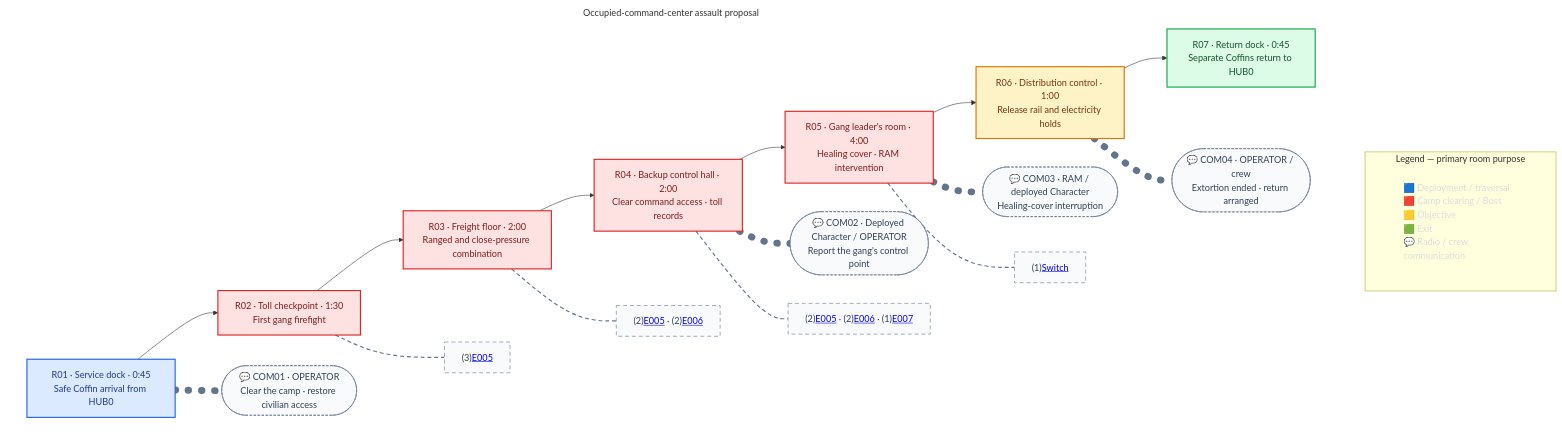
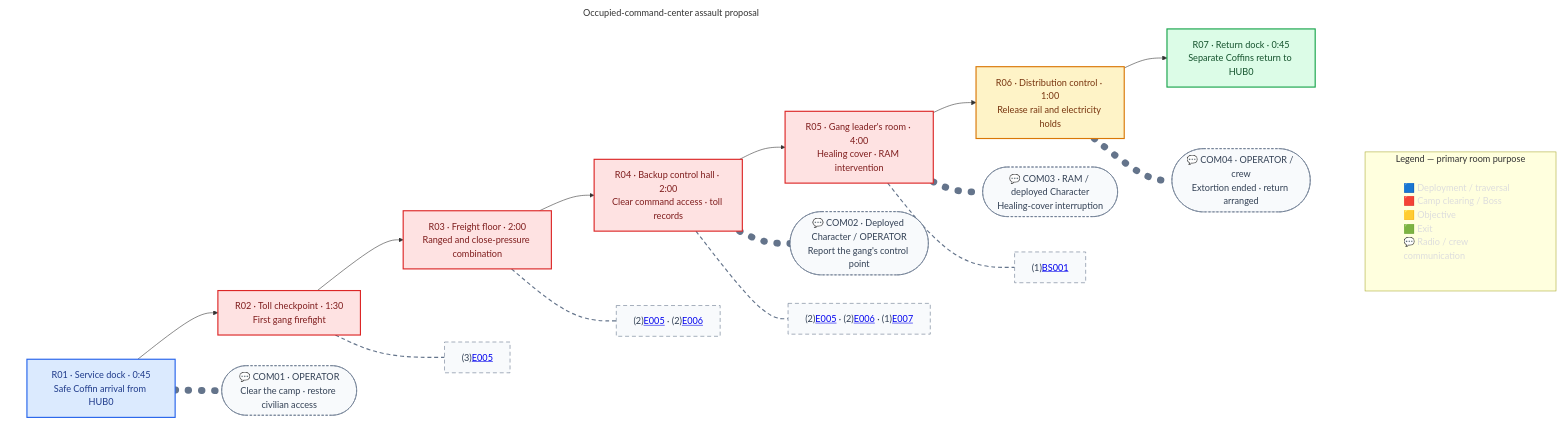
The diagram in missions/m03.md (justgook/imprint-zero), drawn with Mermaid before and after one commit. The commit also changed other lines of this file and 13 other files, not shown here.

````diff
--- a/missions/m03.md
+++ b/missions/m03.md
@@ -49,45 +51,45 @@
 ```mermaid
 flowchart TB
     subgraph Legend[Legend — primary room purpose]
         L["🟦 Deployment / traversal<br/>🟥 Camp clearing / Boss<br/>🟨 Objective<br/>🟩 Exit<br/>💬 Radio / crew communication"]
     end
 
     subgraph Route[Occupied-command-center assault proposal]
         direction LR
         R01["R01 · Service dock · 0:45<br/>Safe Coffin arrival from HUB0"] --> R02["R02 · Toll checkpoint · 1:30<br/>First gang firefight"]
         R02 --> R03["R03 · Freight floor · 2:00<br/>Ranged and close-pressure combination"]
         R03 --> R04["R04 · Backup control hall · 2:00<br/>Clear command access · toll records"]
         R04 --> R05["R05 · Gang leader's room · 4:00<br/>Healing cover · RAM intervention"]
         R05 --> R06["R06 · Distribution control · 1:00<br/>Release rail and electricity holds"]
         R06 --> R07["R07 · Return dock · 0:45<br/>Separate Coffins return to HUB0"]
 
         R01 -.- COM01(["💬 COM01 · OPERATOR<br/>Clear the camp · restore civilian access"])
         R04 -.- COM02(["💬 COM02 · Deployed Character / OPERATOR<br/>Report the gang's control point"])
         R05 -.- COM03(["💬 COM03 · RAM / deployed Character<br/>Healing-cover interruption"])
         R06 -.- COM04(["💬 COM04 · OPERATOR / crew<br/>Extortion ended · return arranged"])
 
         R02 -.- C02["(3)<a href='#/enemies/e005'>E005</a>"]
         R03 -.- C03["(2)<a href='#/enemies/e005'>E005</a> · (2)<a href='#/enemies/e006'>E006</a>"]
         R04 -.- C04["(2)<a href='#/enemies/e005'>E005</a> · (2)<a href='#/enemies/e006'>E006</a> · (1)<a href='#/enemies/e007'>E007</a>"]
-        R05 -.- C05["(1)<a href='#/bosses/tollkeeper'>Switch</a>"]
+        R05 -.- C05["(1)<a href='#/bosses/bs001'>BS001</a>"]
     end
 
     classDef deployment fill:#dbeafe,stroke:#2563eb,color:#1e3a8a,stroke-width:2px;
     classDef combat fill:#fee2e2,stroke:#dc2626,color:#7f1d1d,stroke-width:2px;
     classDef objective fill:#fef3c7,stroke:#d97706,color:#78350f,stroke-width:2px;
     classDef exit fill:#dcfce7,stroke:#16a34a,color:#14532d,stroke-width:2px;
     classDef communication fill:#f8fafc,stroke:#64748b,color:#334155,stroke-width:1px,stroke-dasharray:4 3;
     classDef roomContent fill:#f8fafc,stroke:#64748b,color:#334155,stroke-width:1px,stroke-dasharray:7 5;
     classDef legend fill:none,stroke:none,color:#ddd,text-align:left;
 
     class R01 deployment;
     class R02,R03,R04,R05 combat;
     class R06 objective;
     class R07 exit;
     class COM01,COM02,COM03,COM04 communication;
     class C02,C03,C04,C05 roomContent;
     class L legend;
     linkStyle 6,7,8,9 stroke:#64748b,stroke-width:12px,stroke-dasharray:1 22,stroke-linecap:round;
     linkStyle 10,11,12,13 stroke:#64748b,stroke-width:2px,stroke-dasharray:7 5;
     style Route fill:none,stroke:none;
 ```
````
